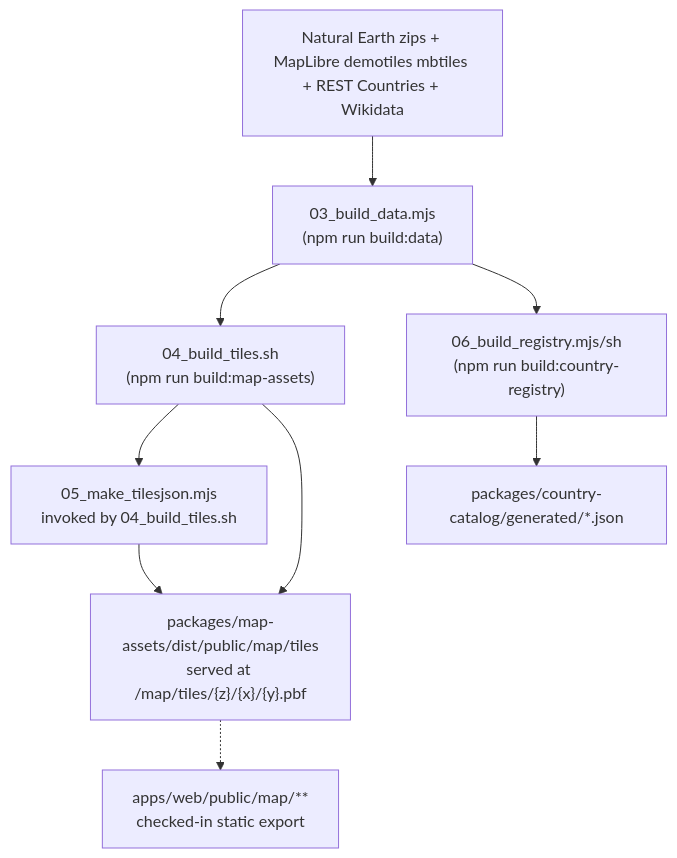
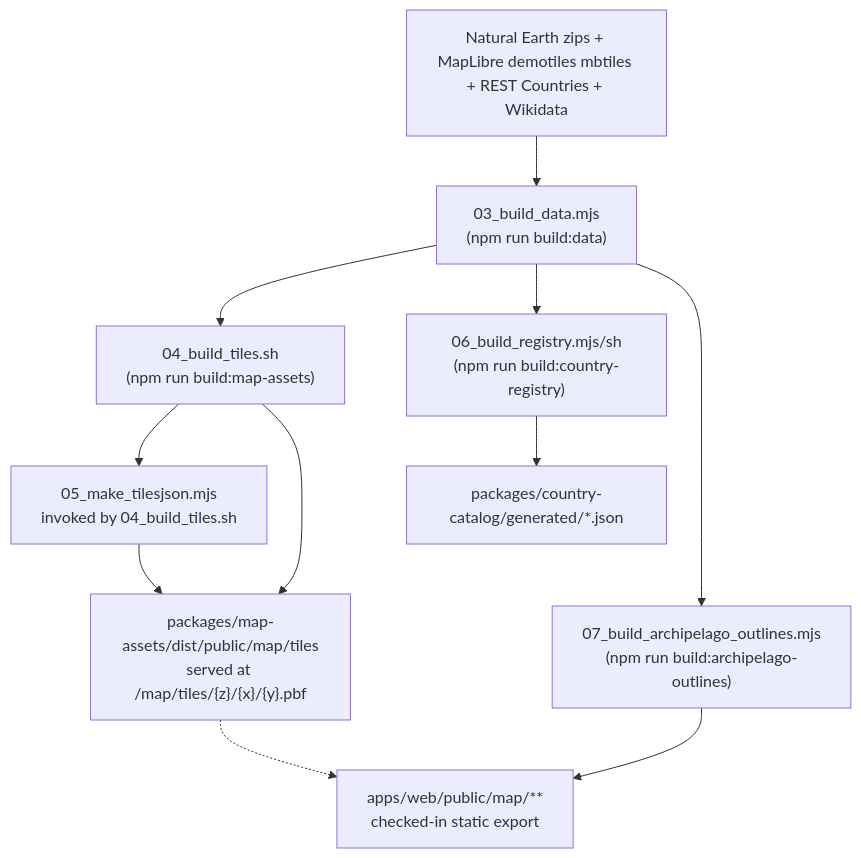
One commit to atamuratov07/georally-game changed the diagram in docs/architecture/data-pipeline.md. Above: the diagram before and after it, drawn with Mermaid. The commit also changed other lines of this file and 6 other files, not shown here.

Commit message:
feat(country-build): build outlines around countries

````diff
--- a/docs/architecture/data-pipeline.md
+++ b/docs/architecture/data-pipeline.md
@@ -5,20 +5,23 @@
 ```mermaid
 graph TD
     Upstream["Natural Earth zips + MapLibre demotiles mbtiles + REST Countries + Wikidata"]
     BuildData["03_build_data.mjs<br/>(npm run build:data)"]
     BuildTiles["04_build_tiles.sh<br/>(npm run build:map-assets)"]
     TileJson["05_make_tilesjson.mjs<br/>invoked by 04_build_tiles.sh"]
     BuildRegistry["06_build_registry.mjs/sh<br/>(npm run build:country-registry)"]
     CatalogJson["packages/country-catalog/generated/*.json"]
+    BuildOutlines["07_build_archipelago_outlines.mjs<br/>(npm run build:archipelago-outlines)"]
     Assets["packages/map-assets/dist/public/map/tiles<br/>served at /map/tiles/{z}/{x}/{y}.pbf"]
     WebMap["apps/web/public/map/**<br/>checked-in static export"]
 
     Upstream --> BuildData
     BuildData --> BuildTiles
     BuildData --> BuildRegistry
     BuildTiles --> TileJson
     BuildTiles --> Assets
     TileJson --> Assets
     Assets -.-> WebMap
     BuildRegistry --> CatalogJson
+    BuildData --> BuildOutlines
+    BuildOutlines --> WebMap
 ```
````
